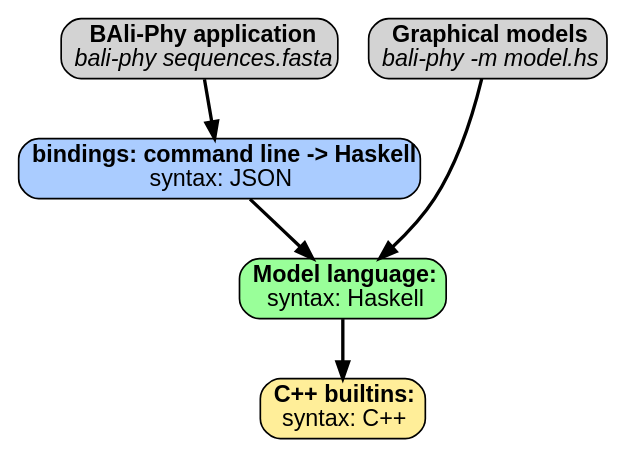
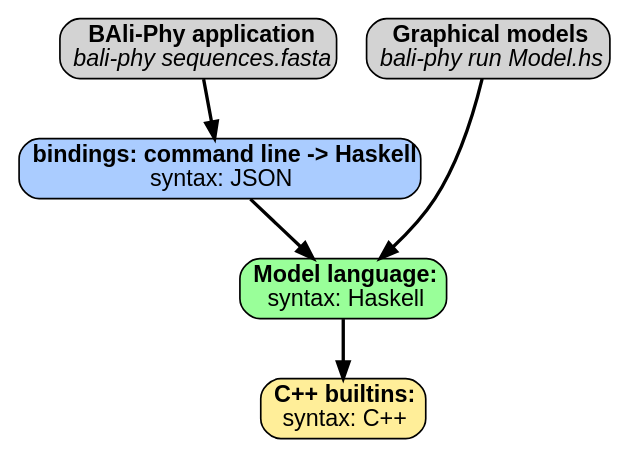
Before and after one commit to bredelings/BAli-Phy: the diagram in doc/developer/architecture.dot, drawn with Graphviz. The commit also changed 6 other files, not shown here.

```diff
--- a/doc/developer/architecture.dot
+++ b/doc/developer/architecture.dot
@@ -1,21 +1,21 @@
 digraph "Architecture" {
 graph [ranksep=0.25, fontname=Arial,  nodesep=0.25, ranksep=0.5];
 node [fontname=Arial, style="filled,rounded", height=0, width=0, shape=box];
 edge [style="setlinewidth(2)"];
 
 bali_phy [label=<<b>BAli-Phy application</b><br/><i>bali-phy sequences.fasta</i>>]
 
-graphical_models  [label=<<b>Graphical models</b><br/><i>bali-phy -m model.hs</i>>]
+graphical_models  [label=<<b>Graphical models</b><br/><i>bali-phy run Model.hs</i>>]
 
 graphical_model_language [label=<<b>Model language:</b><br/>syntax: Haskell>, fillcolor="#99ff99"]
 
 cpp_builtins [label=<<b>C++ builtins:</b><br/>syntax: C++<br/>>,fillcolor="#ffee99"]
 
 {rank = same; bali_phy; graphical_models}
 
 bali_phy -> JSON_files
 JSON_files [label=<<b>bindings: command line -&gt; Haskell</b><br/>syntax: JSON>,fillcolor="#aaccff"]
 JSON_files -> graphical_model_language
 graphical_models -> graphical_model_language
 graphical_model_language -> cpp_builtins
 }
```
